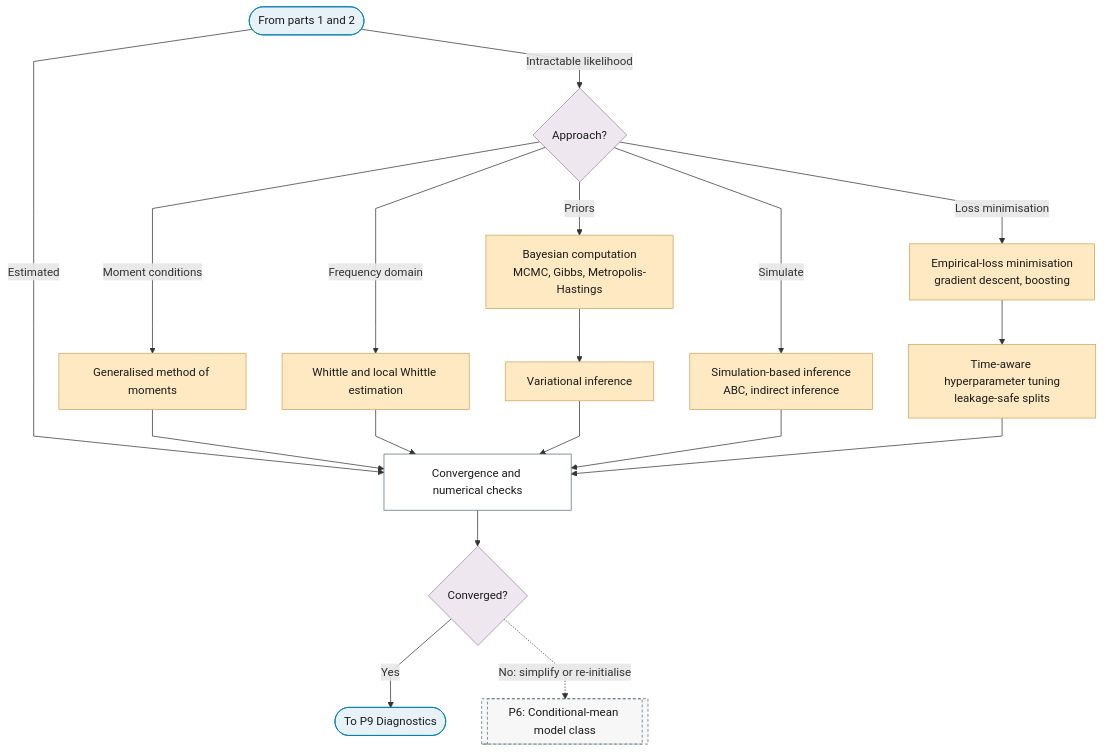
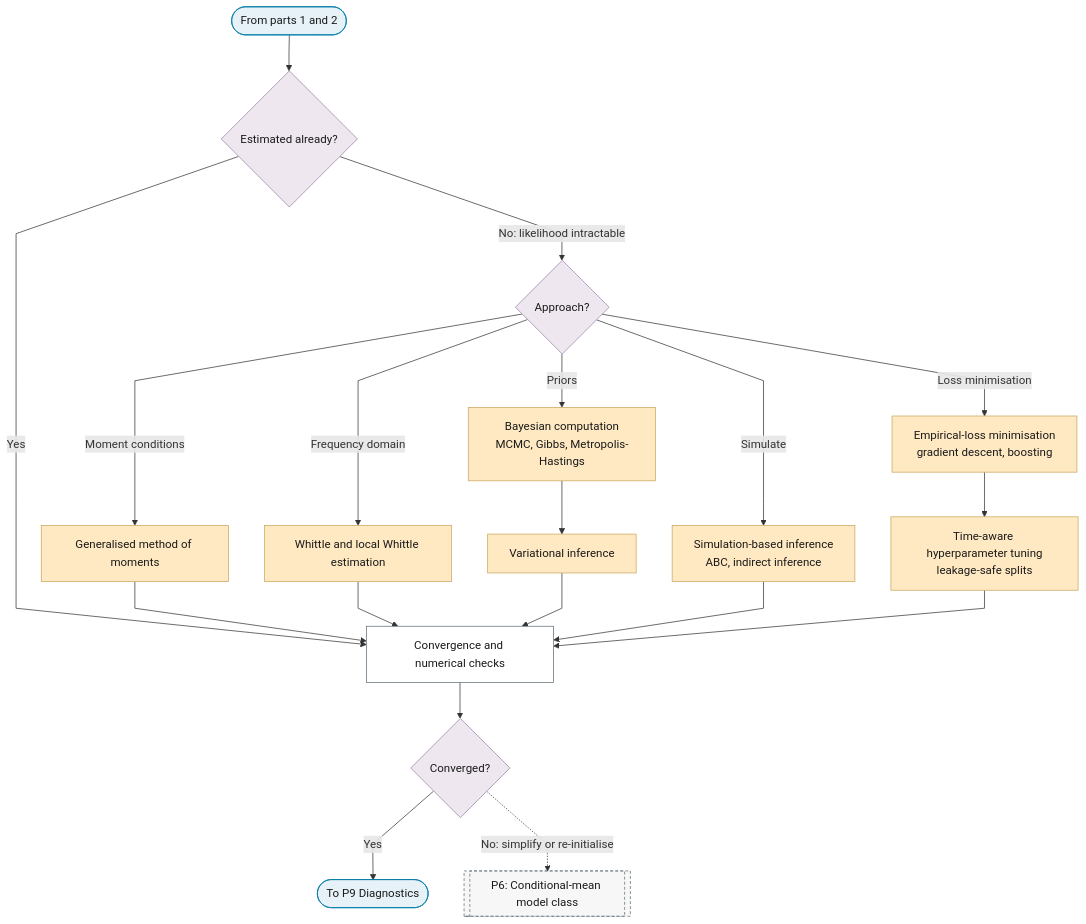
Before and after one commit to Shuxin-Y/time-series-analysis-manual: the third of 3 diagrams in docs/01-workflow/p08-estimation.md, drawn with Mermaid. The commit also changed 4 other files, not shown here.

First line of the commit message:
fix(flowchart): part entries repeat the question; representation charts keep the spine edge

````diff
--- a/docs/01-workflow/p08-estimation.md
+++ b/docs/01-workflow/p08-estimation.md
@@ -75,30 +75,32 @@
 ```mermaid
 %%{init: {"flowchart": {"curve": "linear"}}}%%
 graph TD
-    P8_FROM_PART_2(["From parts 1 and 2"]) -->|"Intractable likelihood"| P8_INTRACTABLE{"Approach?"}
-    P8_FROM_PART_2 -->|"Estimated"| P8_CONVERGENCE
+    P8_FROM_PART_2(["From parts 1 and 2"]) --> P8_ESTIMATED{"Estimated already?"}
+    P8_ESTIMATED -->|"No: likelihood intractable"| P8_INTRACTABLE{"Approach?"}
+    P8_ESTIMATED -->|"Yes"| P8_CONVERGENCE
     P8_INTRACTABLE -->|"Moment conditions"| P8_GMM["Generalised method of moments"]
     P8_INTRACTABLE -->|"Frequency domain"| P8_WHITTLE["Whittle and local Whittle estimation"]
     P8_INTRACTABLE -->|"Priors"| P8_MCMC["Bayesian computation<br/>MCMC, Gibbs, Metropolis-Hastings"]
     P8_INTRACTABLE -->|"Simulate"| P8_SIMULATION_INFERENCE["Simulation-based inference<br/>ABC, indirect inference"]
     P8_INTRACTABLE -->|"Loss minimisation"| P8_EMPIRICAL_LOSS["Empirical-loss minimisation<br/>gradient descent, boosting"]
     P8_MCMC --> P8_VARIATIONAL["Variational inference"]
     P8_EMPIRICAL_LOSS --> P8_HYPERPARAMETERS["Time-aware hyperparameter tuning<br/>leakage-safe splits"]
     P8_GMM & P8_WHITTLE & P8_VARIATIONAL & P8_SIMULATION_INFERENCE & P8_HYPERPARAMETERS --> P8_CONVERGENCE["Convergence and numerical checks"]
     P8_CONVERGENCE --> P8_CONVERGED{"Converged?"}
     P8_CONVERGED -->|"Yes"| P8_OUT(["To P9 Diagnostics"])
     P8_CONVERGED -.->|"No: simplify or re-initialise"| P6[["P6: Conditional-mean model class"]]
     class P8_FROM_PART_2,P8_OUT terminator
     class P8_INTRACTABLE,P8_CONVERGED decision
     class P8_GMM,P8_WHITTLE,P8_MCMC,P8_VARIATIONAL,P8_SIMULATION_INFERENCE,P8_EMPIRICAL_LOSS,P8_HYPERPARAMETERS escalate
     class P8_CONVERGENCE process
     class P6 ref
+    class P8_ESTIMATED decision
     classDef terminator fill:#E6F2F7,stroke:#007BA7,color:#1A1A1A;
     classDef process fill:#FFFFFF,stroke:#5A6B73,color:#1A1A1A;
     classDef decision fill:#EFE7F0,stroke:#9B7FA7,color:#1A1A1A;
     classDef data fill:#FFF4E0,stroke:#C9A55E,color:#1A1A1A;
     classDef good fill:#DCEFD8,stroke:#4A7A3F,color:#1A1A1A;
     classDef escalate fill:#FFE9C2,stroke:#C9A55E,color:#1A1A1A;
     classDef problem fill:#F2D9DE,stroke:#800020,color:#1A1A1A;
     classDef ref fill:#F7F7F7,stroke:#5A6B73,color:#1A1A1A,stroke-dasharray:4 3;
 ```
````
